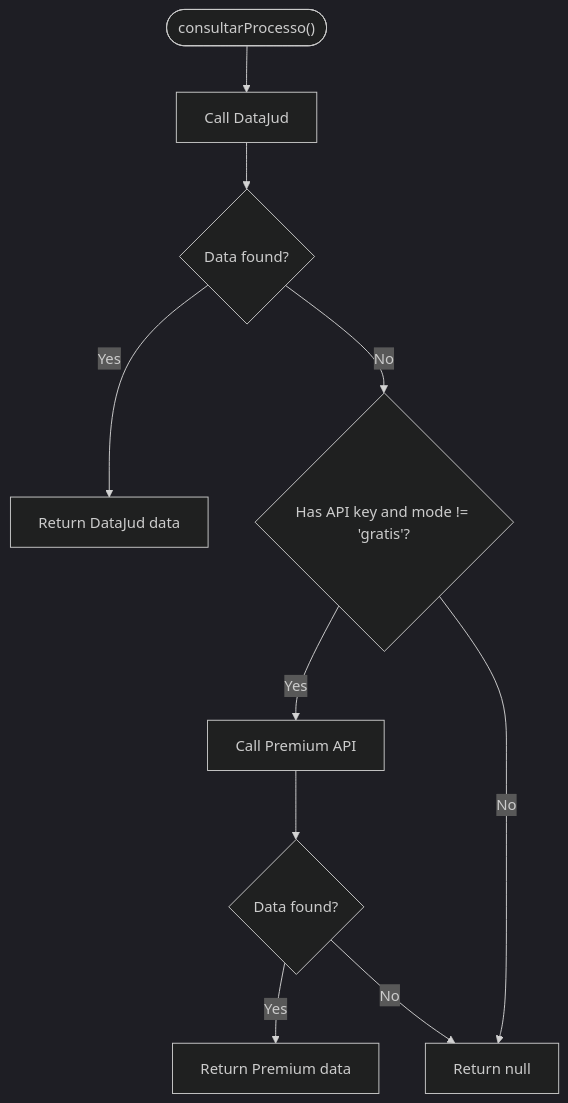
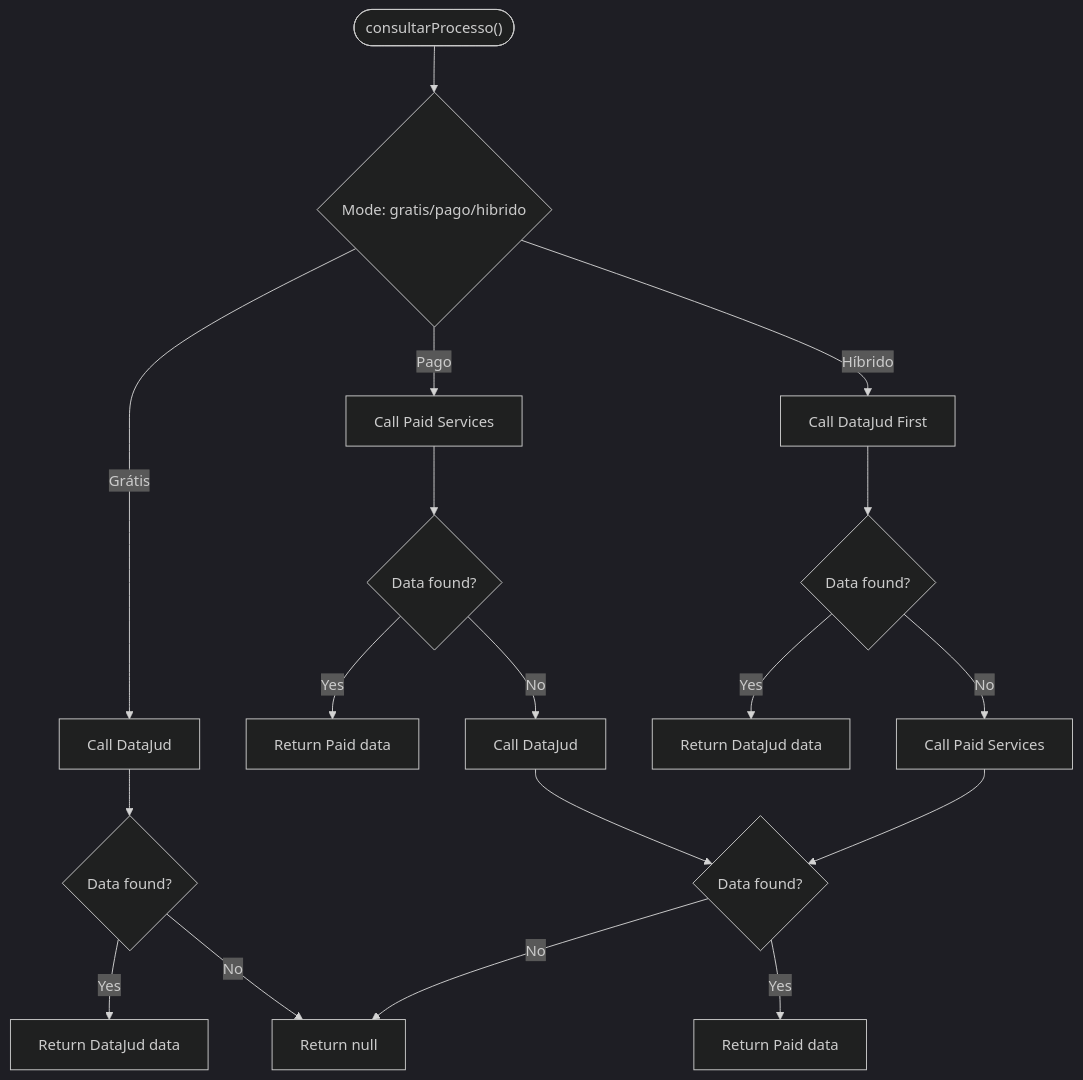
The sixth of 9 diagrams in .qoder/repowiki/en/content/Architecture Overview/System Components.md (Alexandrexicara/bot-processos), drawn with Mermaid (dark theme) before and after one commit. The commit also changed other lines of this file and 10 other files, not shown here.

````diff
--- a/.qoder/repowiki/en/content/Architecture Overview/System Components.md
+++ b/.qoder/repowiki/en/content/Architecture Overview/System Components.md
@@ -492,12 +608,21 @@
 ```mermaid
 flowchart TD
-Start(["consultarProcesso()"]) --> TryGratis["Call DataJud"]
+Start(["consultarProcesso()"]) --> ModeCheck{"Mode: gratis/pago/hibrido"}
+ModeCheck --> |Grátis| TryGratis["Call DataJud"]
+ModeCheck --> |Pago| TryPaidFirst["Call Paid Services"]
+ModeCheck --> |Híbrido| TryGratisFirst["Call DataJud First"]
 TryGratis --> GratisFound{"Data found?"}
 GratisFound --> |Yes| ReturnGratis["Return DataJud data"]
-GratisFound --> |No| CheckPaid{"Has API key and mode != 'gratis'?"}
-CheckPaid --> |Yes| CallPremium["Call Premium API"]
-CallPremium --> PremiumFound{"Data found?"}
-PremiumFound --> |Yes| ReturnPremium["Return Premium data"]
-PremiumFound --> |No| ReturnNull["Return null"]
-CheckPaid --> |No| ReturnNull
+GratisFound --> |No| ReturnNull["Return null"]
+TryPaidFirst --> PaidFound{"Data found?"}
+PaidFound --> |Yes| ReturnPaid["Return Paid data"]
+PaidFound --> |No| TryGratis2["Call DataJud"]
+TryGratis2 --> ReturnPaidOrNull
+TryGratisFirst --> GratisFound2{"Data found?"}
+GratisFound2 --> |Yes| ReturnGratis2["Return DataJud data"]
+GratisFound2 --> |No| TryPaidSecond["Call Paid Services"]
+TryPaidSecond --> ReturnPaidOrNull
+ReturnPaidOrNull{"Data found?"}
+ReturnPaidOrNull --> |Yes| ReturnPaid2["Return Paid data"]
+ReturnPaidOrNull --> |No| ReturnNull
 ```
````
